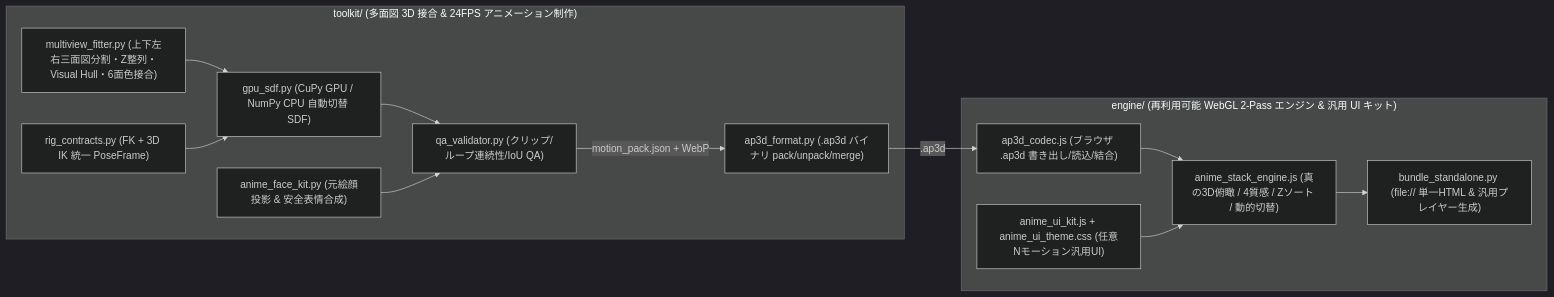
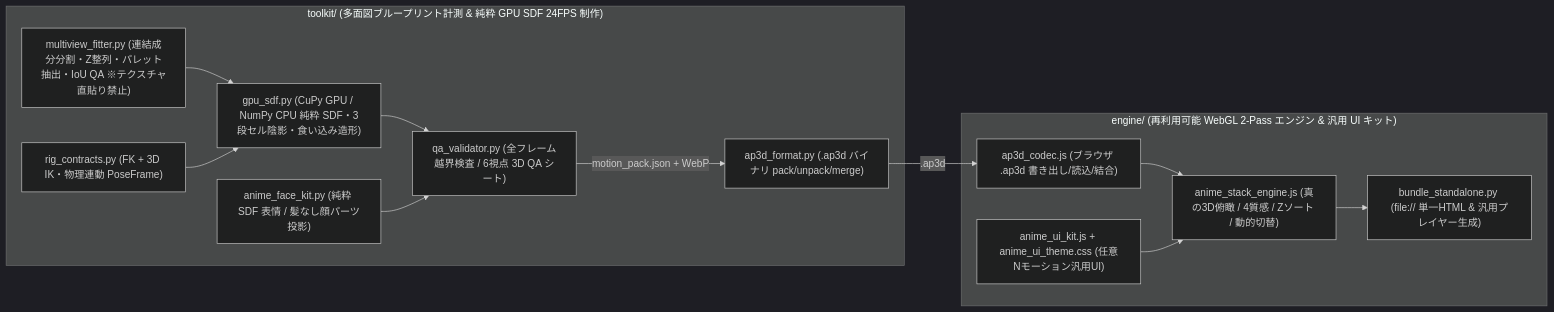
The diagram in README.md (kuraneko1/anime-pseudo-3d), drawn with Mermaid (dark theme) before and after one commit. The commit also changed other lines of this file and 17 other files, not shown here.

Commit message:
Standardize pure GPU-SDF blueprint workflow, add 2-Pass Full-3D mesh engine/converter, and upgrade AnimeUIKit export selector & mobile UX

````diff
--- a/README.md
+++ b/README.md
@@ -121,28 +121,28 @@
 ```mermaid
 flowchart LR
-  subgraph T1["toolkit/ (多面図 3D 接合 & 24FPS アニメーション制作)"]
-    MV["multiview_fitter.py (上下左右三面図分割・Z整列・Visual Hull・6面色接合)"]
-    SDF["gpu_sdf.py (CuPy GPU / NumPy CPU 自動切替 SDF)"]
-    FACE["anime_face_kit.py (元絵顔投影 & 安全表情合成)"]
-    RIG["rig_contracts.py (FK + 3D IK 統一 PoseFrame)"]
-    QA["qa_validator.py (クリップ/ループ連続性/IoU QA)"]
+  subgraph T1["toolkit/ (多面図ブループリント計測 & 純粋 GPU SDF 24FPS 制作)"]
+    MV["multiview_fitter.py (連結成分分割・Z整列・パレット抽出・IoU QA ※テクスチャ直貼り禁止)"]
+    SDF["gpu_sdf.py (CuPy GPU / NumPy CPU 純粋 SDF・3段セル陰影・食い込み造形)"]
+    FACE["anime_face_kit.py (純粋 SDF 表情 / 髪なし顔パーツ投影)"]
+    RIG["rig_contracts.py (FK + 3D IK・物理連動 PoseFrame)"]
+    QA["qa_validator.py (全フレーム越界検査 / 6視点 3D QA シート)"]
     AP3D["ap3d_format.py (.ap3d バイナリ pack/unpack/merge)"]
   end
 
   subgraph E1["engine/ (再利用可能 WebGL 2-Pass エンジン & 汎用 UI キット)"]
     CODEC["ap3d_codec.js (ブラウザ .ap3d 書き出し/読込/結合)"]
     UIKIT["anime_ui_kit.js + anime_ui_theme.css (任意Nモーション汎用UI)"]
     GL["anime_stack_engine.js (真の3D俯瞰 / 4質感 / Zソート / 動的切替)"]
     BND["bundle_standalone.py (file:// 単一HTML & 汎用プレイヤー生成)"]
   end
 
   MV --> SDF
   SDF --> QA
   FACE --> QA
   RIG --> SDF
   QA -->|"motion_pack.json + WebP"| AP3D
   AP3D -->|".ap3d"| CODEC
   CODEC --> GL
   UIKIT --> GL
   GL --> BND
 ```
````
